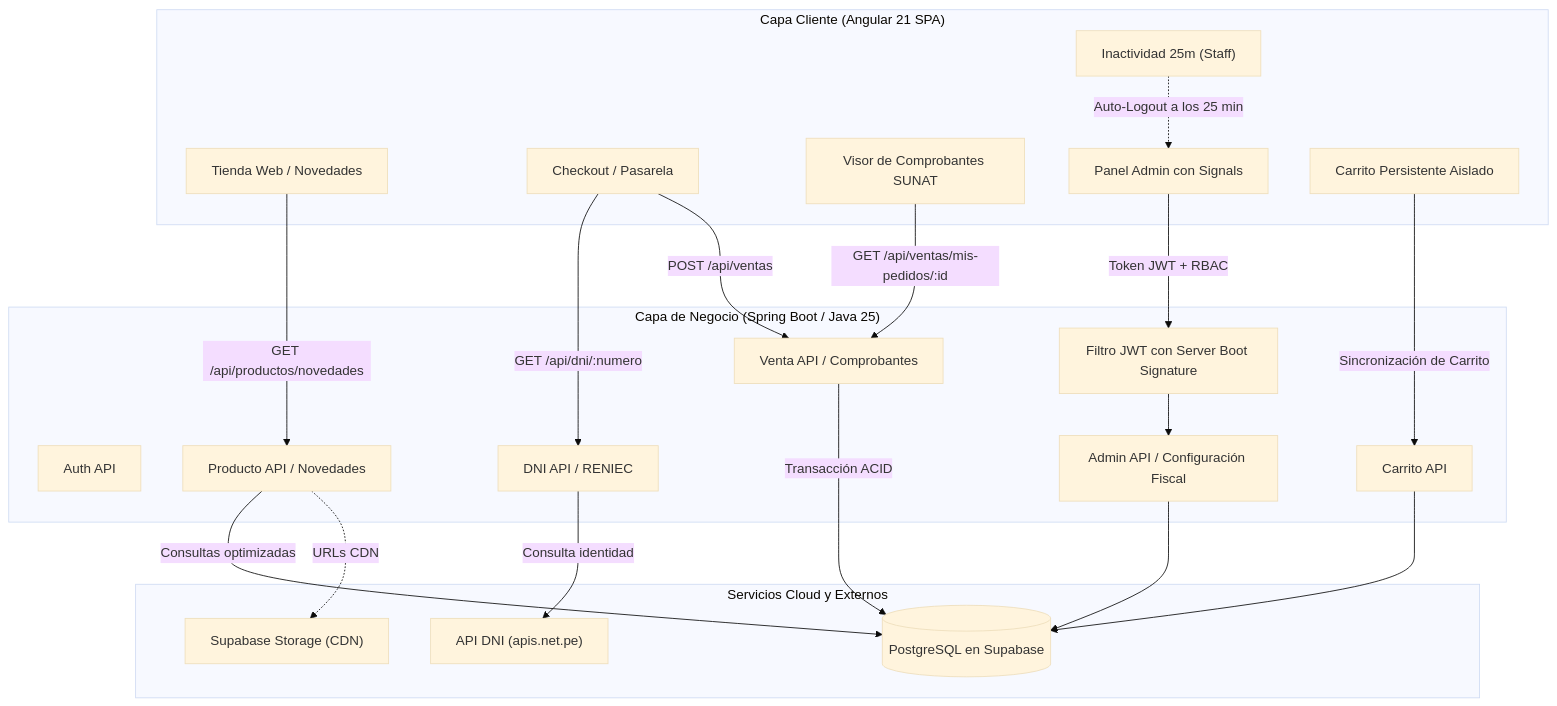
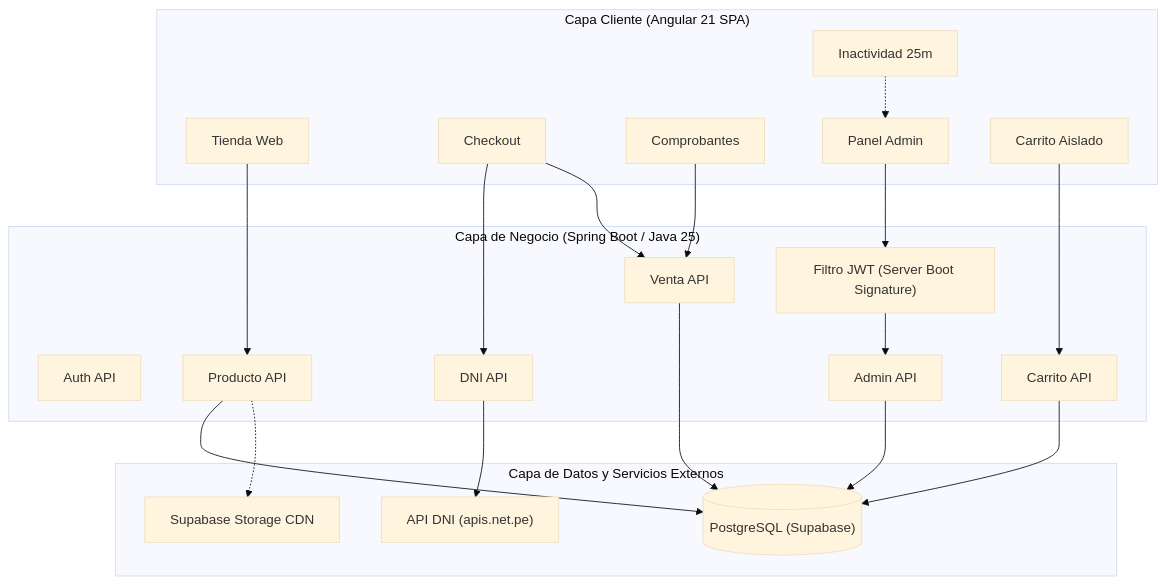
Before and after one commit to MrCarlos17A/TechZone: the first of 9 diagrams in README.md, drawn with Mermaid (base theme). The commit also changed other lines of this file, not shown here.

Commit message:
docs: correción de los diagramas del README

````diff
--- a/README.md
+++ b/README.md
@@ -106,46 +110,46 @@
 ```mermaid
 flowchart TD
     subgraph FRONTEND["Capa Cliente (Angular 21 SPA)"]
-        UI_STORE["Tienda Web / Novedades"]
-        UI_CHECKOUT["Checkout / Pasarela"]
-        UI_VOUCHER["Visor de Comprobantes SUNAT"]
-        UI_ADMIN["Panel Admin con Signals"]
-        CART_SVC["Carrito Persistente Aislado"]
-        IDLE_SVC["Inactividad 25m (Staff)"]
+        UI_STORE["Tienda Web"]
+        UI_CHECKOUT["Checkout"]
+        UI_VOUCHER["Comprobantes"]
+        UI_ADMIN["Panel Admin"]
+        CART_SVC["Carrito Aislado"]
+        IDLE_SVC["Inactividad 25m"]
     end
 
     subgraph BACKEND["Capa de Negocio (Spring Boot / Java 25)"]
-        GW["Filtro JWT con Server Boot Signature"]
+        GW["Filtro JWT (Server Boot Signature)"]
         C_AUTH["Auth API"]
-        C_DNI["DNI API / RENIEC"]
-        C_PROD["Producto API / Novedades"]
-        C_VENTA["Venta API / Comprobantes"]
+        C_DNI["DNI API"]
+        C_PROD["Producto API"]
+        C_VENTA["Venta API"]
         C_CART["Carrito API"]
-        C_ADMIN["Admin API / Configuración Fiscal"]
+        C_ADMIN["Admin API"]
     end
 
-    subgraph CLOUD["Servicios Cloud y Externos"]
-        SUPA_DB[("PostgreSQL en Supabase")]
-        SUPA_STORAGE["Supabase Storage (CDN)"]
+    subgraph CLOUD["Capa de Datos y Servicios Externos"]
+        SUPA_DB[("PostgreSQL (Supabase)")]
+        SUPA_STORAGE["Supabase Storage CDN"]
         RENIEC["API DNI (apis.net.pe)"]
     end
 
-    UI_STORE -->|GET /api/productos/novedades| C_PROD
-    C_PROD -->|Consultas optimizadas| SUPA_DB
-    C_PROD -.->|URLs CDN| SUPA_STORAGE
+    UI_STORE --> C_PROD
+    C_PROD --> SUPA_DB
+    C_PROD -.-> SUPA_STORAGE
 
-    CART_SVC -->|Sincronización de Carrito| C_CART
+    CART_SVC --> C_CART
     C_CART --> SUPA_DB
 
-    UI_CHECKOUT -->|GET /api/dni/:numero| C_DNI
-    C_DNI -->|Consulta identidad| RENIEC
+    UI_CHECKOUT --> C_DNI
+    C_DNI --> RENIEC
 
-    UI_CHECKOUT -->|POST /api/ventas| C_VENTA
-    C_VENTA -->|Transacción ACID| SUPA_DB
+    UI_CHECKOUT --> C_VENTA
+    C_VENTA --> SUPA_DB
 
-    UI_VOUCHER -->|GET /api/ventas/mis-pedidos/:id| C_VENTA
-    UI_ADMIN -->|Token JWT + RBAC| GW
+    UI_VOUCHER --> C_VENTA
+    UI_ADMIN --> GW
     GW --> C_ADMIN
     C_ADMIN --> SUPA_DB
-    IDLE_SVC -.->|Auto-Logout a los 25 min| UI_ADMIN
+    IDLE_SVC -.-> UI_ADMIN
 ```
````
